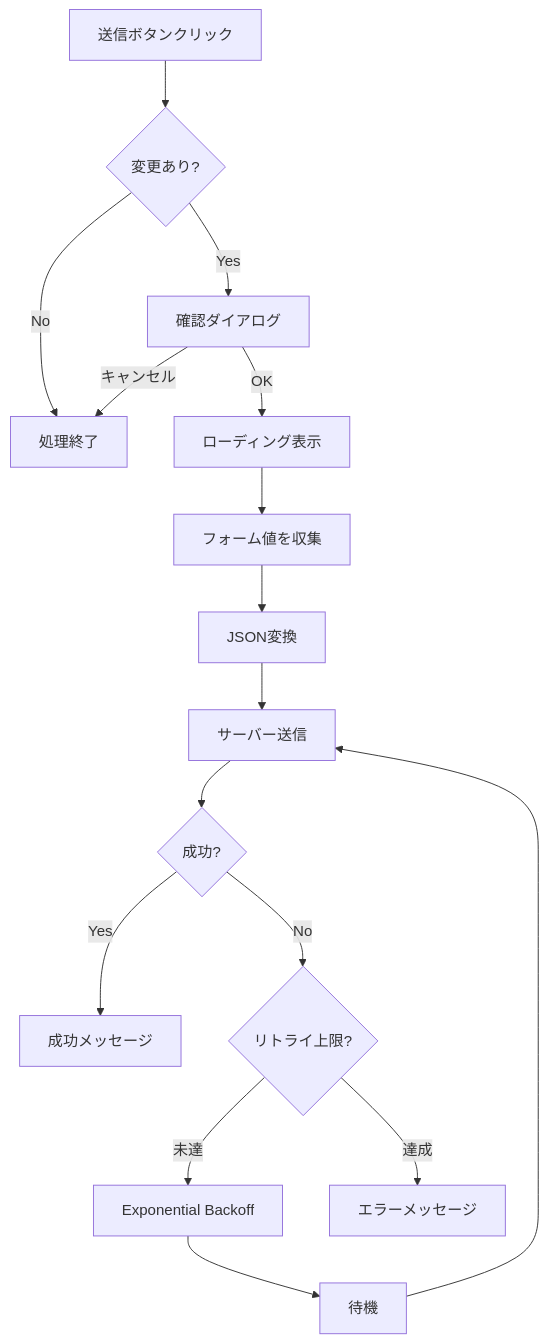
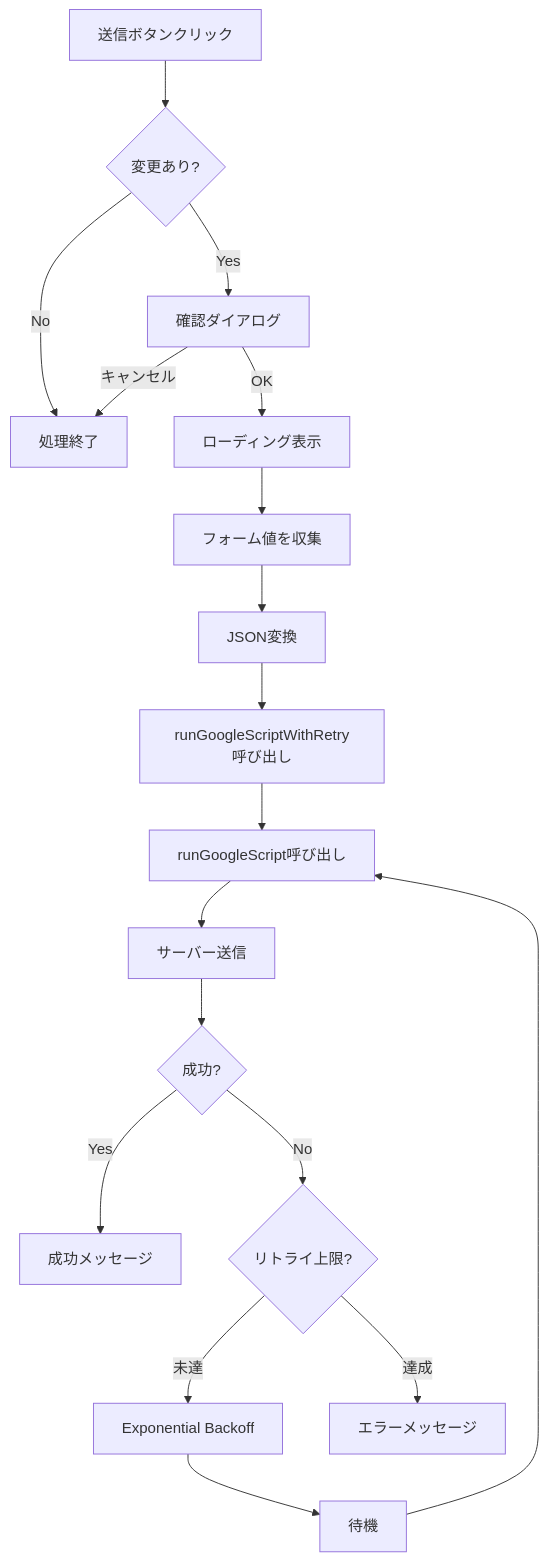
The sixth of 6 diagrams in PROGRAM_SPECIFICATION.md (suzukishigeru4b/juken-survey-public), drawn with Mermaid before and after one commit. The commit also changed other lines of this file and 6 other files, not shown here.

````diff
--- a/PROGRAM_SPECIFICATION.md
+++ b/PROGRAM_SPECIFICATION.md
@@ -451,18 +469,20 @@
 ```mermaid
 flowchart TD
     A[送信ボタンクリック] --> B{変更あり?}
     B -->|No| C[処理終了]
     B -->|Yes| D[確認ダイアログ]
     D -->|キャンセル| C
     D -->|OK| E[ローディング表示]
     E --> F[フォーム値を収集]
     F --> G[JSON変換]
-    G --> H[サーバー送信]
-    H --> I{成功?}
-    I -->|Yes| J[成功メッセージ]
-    I -->|No| K{リトライ上限?}
-    K -->|未達| L[Exponential Backoff]
-    L --> M[待機]
-    M --> H
-    K -->|達成| N[エラーメッセージ]
+    G --> H[runGoogleScriptWithRetry呼び出し]
+    H --> I[runGoogleScript呼び出し]
+    I --> J[サーバー送信]
+    J --> K{成功?}
+    K -->|Yes| L[成功メッセージ]
+    K -->|No| M{リトライ上限?}
+    M -->|未達| N[Exponential Backoff]
+    N --> O[待機]
+    O --> I
+    M -->|達成| P[エラーメッセージ]
 ```
````
